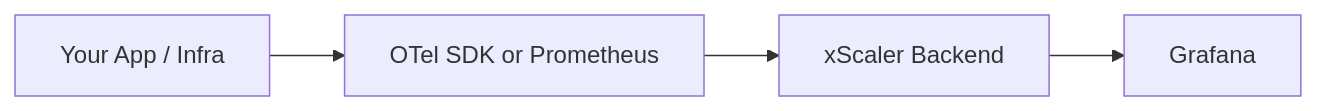
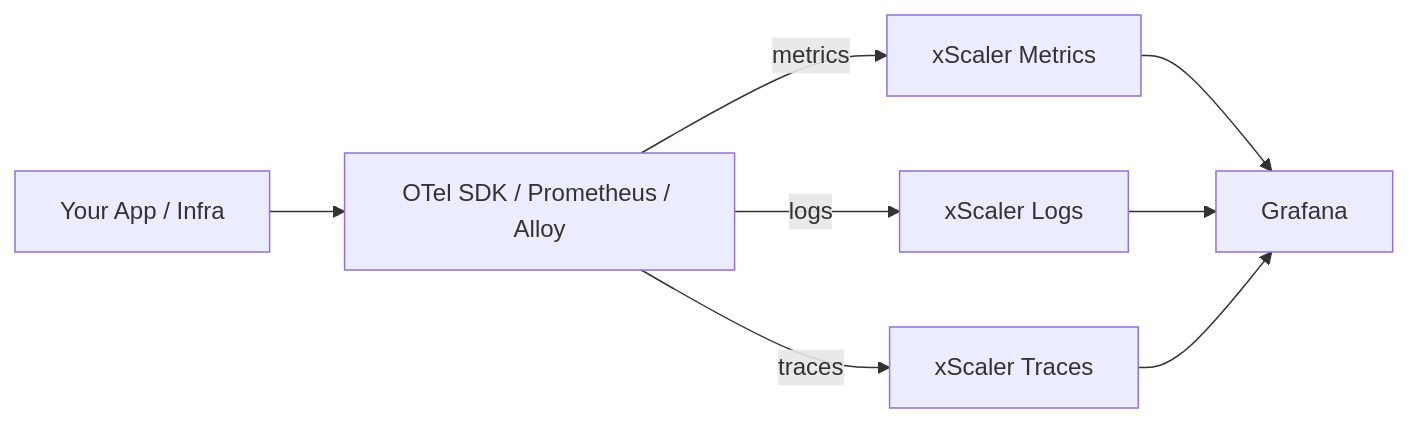
The diagram in docs/intro.md (xscaler/docs), drawn with Mermaid before and after one commit. The commit also changed other lines of this file and 11 other files, not shown here.

First line of the commit message:
feat: add traces signal and expand platform to metrics, logs, traces

````diff
--- a/docs/intro.md
+++ b/docs/intro.md
@@ -22,6 +23,8 @@
 ```mermaid
 graph LR
-    A["Your App / Infra"] --> B["OTel SDK or Prometheus"]
-    B --> C["xScaler Backend"]
-    C --> D["Grafana"]
+    A["Your App / Infra"] --> B["OTel SDK / Prometheus / Alloy"]
+    B -->|metrics| C["xScaler Metrics"]
+    B -->|logs| D["xScaler Logs"]
+    B -->|traces| E["xScaler Traces"]
+    C & D & E --> F["Grafana"]
 ```
````
